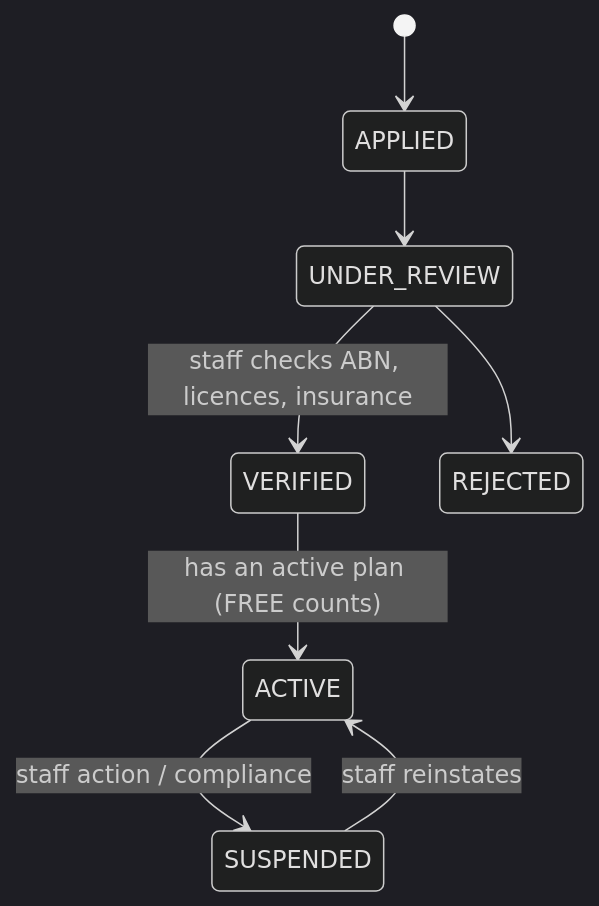
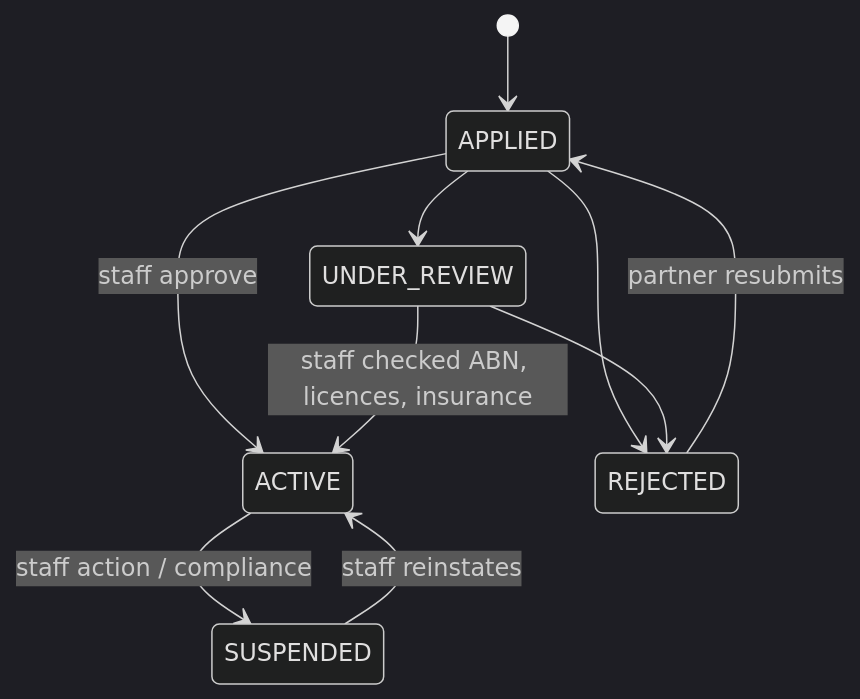
One commit to julesbris/approvalready changed the fourth of 5 diagrams in ARCHITECTURE.md. Above: the diagram before and after it, drawn with Mermaid (dark theme). The commit also changed other lines of this file and 52 other files, not shown here.

````diff
--- a/ARCHITECTURE.md
+++ b/ARCHITECTURE.md
@@ -370,10 +370,12 @@
 ```mermaid
 stateDiagram-v2
     [*] --> APPLIED
     APPLIED --> UNDER_REVIEW
-    UNDER_REVIEW --> VERIFIED : staff checks ABN, licences, insurance
+    APPLIED --> ACTIVE : staff approve
+    APPLIED --> REJECTED
+    UNDER_REVIEW --> ACTIVE : staff checked ABN, licences, insurance
     UNDER_REVIEW --> REJECTED
-    VERIFIED --> ACTIVE : has an active plan (FREE counts)
+    REJECTED --> APPLIED : partner resubmits
     ACTIVE --> SUSPENDED : staff action / compliance
     SUSPENDED --> ACTIVE : staff reinstates
 ```
````
